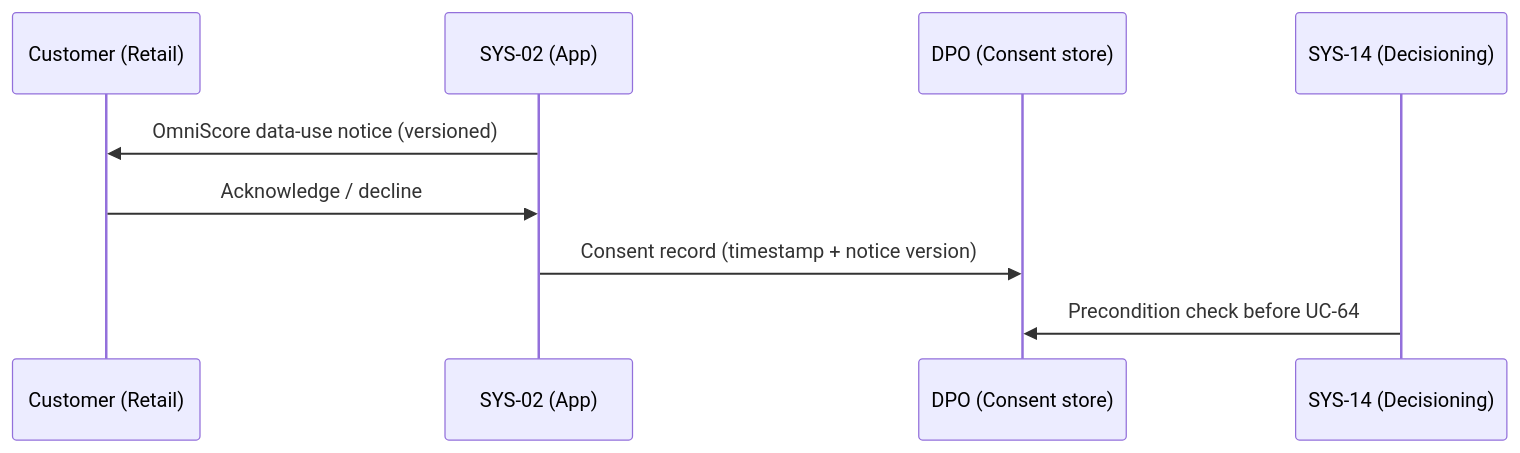
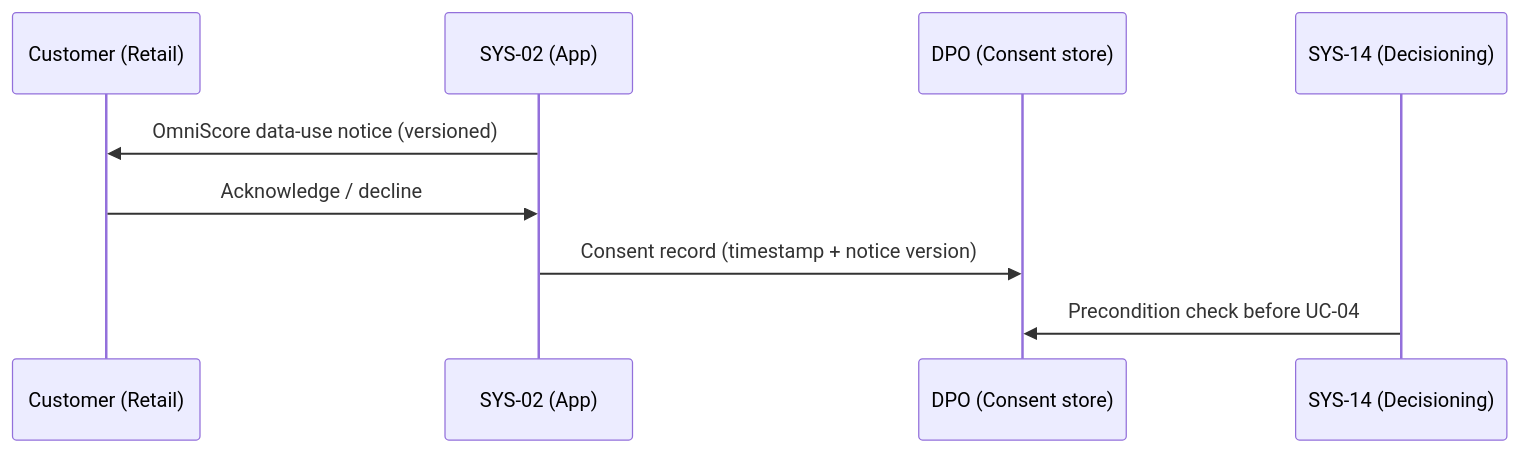
Diagram 13 of 33 in 02_CASES/Case_03_OmniBank_Financial/03_PHASE3_DECOMPOSITION/annexes/B_Sequence_Diagrams.md (pauloribeiro16/Methodology_compact), drawn with Mermaid before and after one commit. The commit also changed other lines of this file and 23 other files, not shown here.

````diff
--- a/02_CASES/Case_03_OmniBank_Financial/03_PHASE3_DECOMPOSITION/annexes/B_Sequence_Diagrams.md
+++ b/02_CASES/Case_03_OmniBank_Financial/03_PHASE3_DECOMPOSITION/annexes/B_Sequence_Diagrams.md
@@ -208,11 +210,11 @@
 ```mermaid
 sequenceDiagram
     participant C as Customer (Retail)
     participant APP as SYS-02 (App)
     participant DPO as DPO (Consent store)
     participant LO as SYS-14 (Decisioning)
     APP->>C: OmniScore data-use notice (versioned)
     C->>APP: Acknowledge / decline
     APP->>DPO: Consent record (timestamp + notice version)
-    LO->>DPO: Precondition check before UC-64
+    LO->>DPO: Precondition check before UC-04
 ```
````
